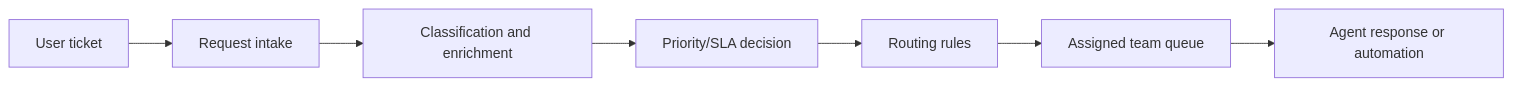
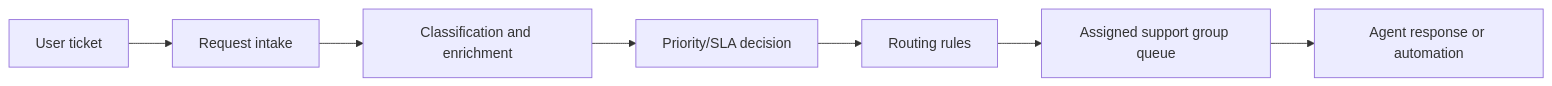
Before and after one commit to Shreyakb301/IT-Ticket-Automation-System: the first of 2 diagrams in docs/research_journey.md, drawn with Mermaid. The commit also changed other lines of this file and 17 other files, not shown here.

````diff
--- a/docs/research_journey.md
+++ b/docs/research_journey.md
@@ -58,9 +58,9 @@
 ```mermaid
 flowchart LR
   A["User ticket"] --> B["Request intake"]
   B --> C["Classification and enrichment"]
   C --> D["Priority/SLA decision"]
   D --> E["Routing rules"]
-  E --> F["Assigned team queue"]
+  E --> F["Assigned support group queue"]
   F --> G["Agent response or automation"]
 ```
````
